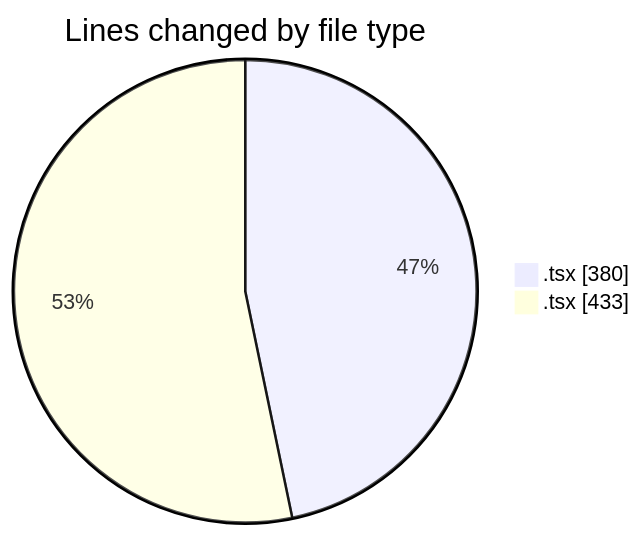
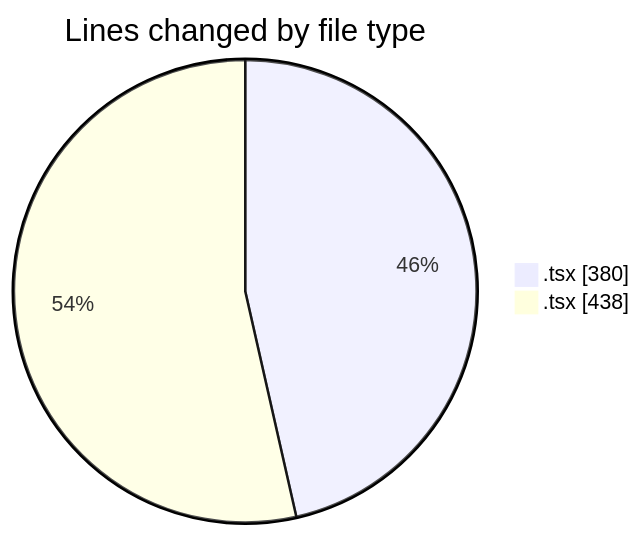
One commit to robertbonfada/code-tracking changed the first of 2 diagrams in 2025-02-06/mbc-web/README.md. Above: the diagram before and after it, drawn with Mermaid. The commit also changed other lines of this file and 1 other file, not shown here.

````diff
--- a/2025-02-06/mbc-web/README.md
+++ b/2025-02-06/mbc-web/README.md
@@ -23,6 +23,6 @@
 ```mermaid
 pie showData
 title Lines changed by file type
 ".tsx " : 380
-".tsx" : 433
+".tsx" : 438
 ```
````
